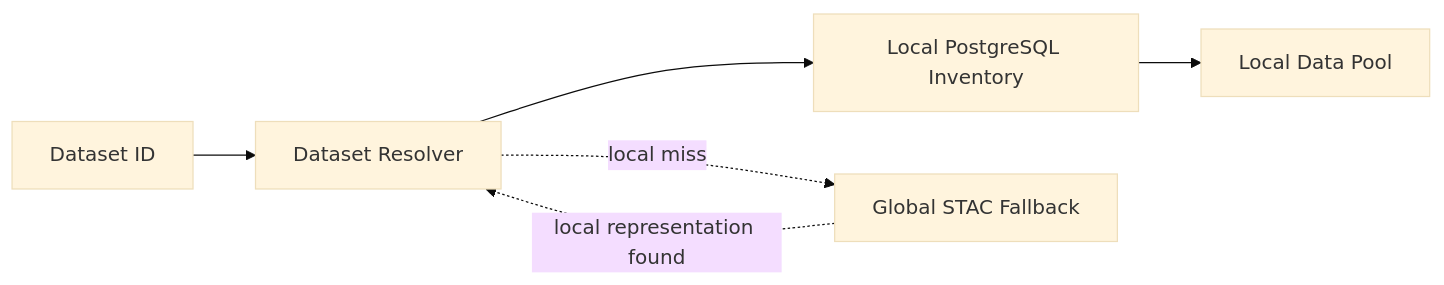
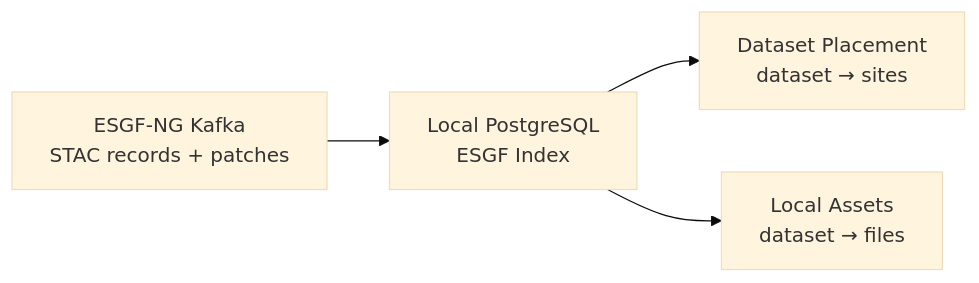
The second of 8 diagrams in ARCH_ESGF2.md (roocs/rook), drawn with Mermaid (base theme) before and after one commit. The commit also changed other lines of this file, not shown here.

Commit message:
update esgf2 design doc

````diff
--- a/ARCH_ESGF2.md
+++ b/ARCH_ESGF2.md
@@ -41,15 +51,14 @@
 ```mermaid
 flowchart LR
-    Request[Dataset ID]
-    Resolver[Dataset Resolver]
-    DB[Local PostgreSQL Inventory]
-    Pool[Local Data Pool]
-    STAC[Global STAC Fallback]
+    Kafka[ESGF-NG Kafka<br/>STAC records + patches]
 
-    Request --> Resolver
-    Resolver --> DB
-    DB --> Pool
+    DB[Local PostgreSQL<br/>ESGF Index]
 
-    Resolver -. local miss .-> STAC
-    STAC -. local representation found .-> Resolver
+    Placement[Dataset Placement<br/>dataset → sites]
+    Assets[Local Assets<br/>dataset → files]
+
+    Kafka --> DB
+
+    DB --> Placement
+    DB --> Assets
 ```
````
